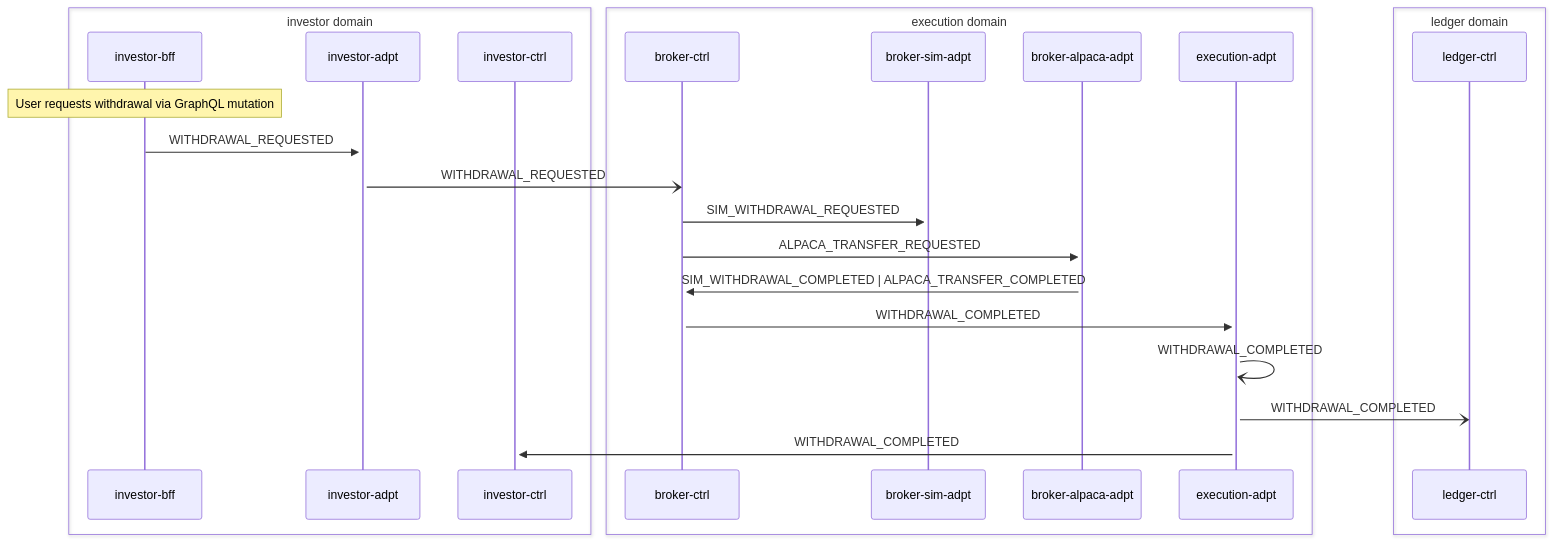
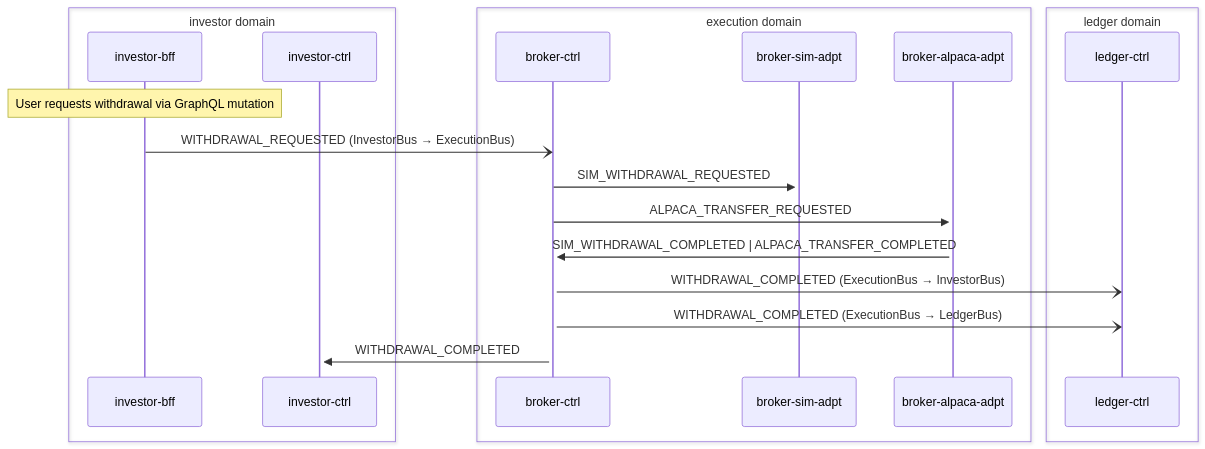
One commit to fabio-vitali/nestfolio changed the second of 2 diagrams in docs/data-flows/withdrawal.md. Above: the diagram before and after it, drawn with Mermaid. The commit also changed other lines of this file and 19 other files, not shown here.

First line of the commit message:
docs(flows): update flow specs and schema for pull model adapter routing

````diff
--- a/docs/data-flows/withdrawal.md
+++ b/docs/data-flows/withdrawal.md
@@ -39,27 +35,23 @@
 ```mermaid
 sequenceDiagram
     box investor domain
         participant investor_bff as investor-bff
-        participant investor_adpt as investor-adpt
         participant investor_ctrl as investor-ctrl
     end
     box execution domain
         participant broker_ctrl as broker-ctrl
         participant broker_sim_adpt as broker-sim-adpt
         participant broker_alpaca_adpt as broker-alpaca-adpt
-        participant execution_adpt as execution-adpt
     end
     box ledger domain
         participant ledger_ctrl as ledger-ctrl
     end
     Note over investor_bff: User requests withdrawal via GraphQL mutation
-    investor_bff->>+investor_adpt: WITHDRAWAL_REQUESTED
-    investor_adpt-)broker_ctrl: WITHDRAWAL_REQUESTED
+    investor_bff-)broker_ctrl: WITHDRAWAL_REQUESTED (InvestorBus → ExecutionBus)
     broker_ctrl->>+broker_sim_adpt: SIM_WITHDRAWAL_REQUESTED
     broker_ctrl->>+broker_alpaca_adpt: ALPACA_TRANSFER_REQUESTED
     broker_alpaca_adpt->>+broker_ctrl: SIM_WITHDRAWAL_COMPLETED | ALPACA_TRANSFER_COMPLETED
-    broker_ctrl->>+execution_adpt: WITHDRAWAL_COMPLETED
-    execution_adpt-)execution_adpt: WITHDRAWAL_COMPLETED
-    execution_adpt-)ledger_ctrl: WITHDRAWAL_COMPLETED
-    execution_adpt->>+investor_ctrl: WITHDRAWAL_COMPLETED
+    broker_ctrl-)ledger_ctrl: WITHDRAWAL_COMPLETED (ExecutionBus → InvestorBus)
+    broker_ctrl-)ledger_ctrl: WITHDRAWAL_COMPLETED (ExecutionBus → LedgerBus)
+    broker_ctrl->>+investor_ctrl: WITHDRAWAL_COMPLETED
 ```
````
